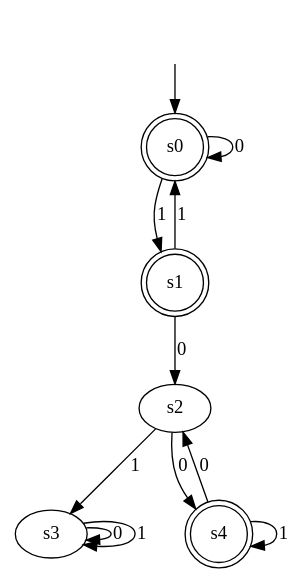
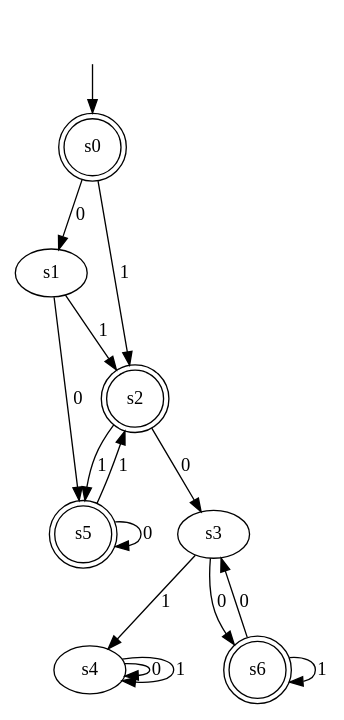
The diagram in LearnedAutomata/learned_tomita3.dot (DES-Lab/Extracting-FSM-From-RNNs), drawn with Graphviz before and after one commit. The commit also changed 27 other files, not shown here.

```diff
--- a/LearnedAutomata/learned_tomita3.dot
+++ b/LearnedAutomata/learned_tomita3.dot
@@ -1,19 +1,25 @@
 digraph "LearnedAutomata/learned_tomita3" {
 s0 [label=s0, shape=doublecircle];
-s1 [label=s1, shape=doublecircle];
-s2 [label=s2];
+s1 [label=s1];
+s2 [label=s2, shape=doublecircle];
 s3 [label=s3];
-s4 [label=s4, shape=doublecircle];
-s0 -> s0  [label=0];
-s0 -> s1  [label=1];
-s1 -> s2  [label=0];
-s1 -> s0  [label=1];
-s2 -> s4  [label=0];
-s2 -> s3  [label=1];
-s3 -> s3  [label=0];
-s3 -> s3  [label=1];
-s4 -> s2  [label=0];
+s4 [label=s4];
+s5 [label=s5, shape=doublecircle];
+s6 [label=s6, shape=doublecircle];
+s0 -> s1  [label=0];
+s0 -> s2  [label=1];
+s1 -> s5  [label=0];
+s1 -> s2  [label=1];
+s2 -> s3  [label=0];
+s2 -> s5  [label=1];
+s3 -> s6  [label=0];
+s3 -> s4  [label=1];
+s4 -> s4  [label=0];
 s4 -> s4  [label=1];
+s5 -> s5  [label=0];
+s5 -> s2  [label=1];
+s6 -> s3  [label=0];
+s6 -> s6  [label=1];
 __start0 [label="", shape=none];
 __start0 -> s0  [label=""];
 }
```
